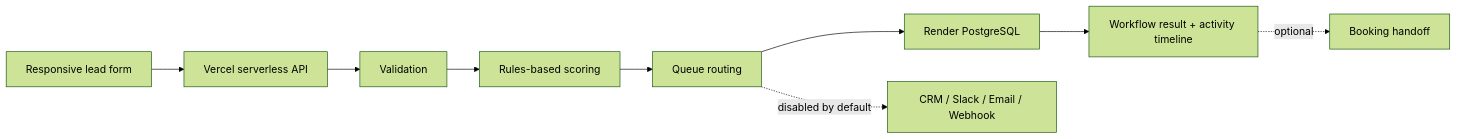
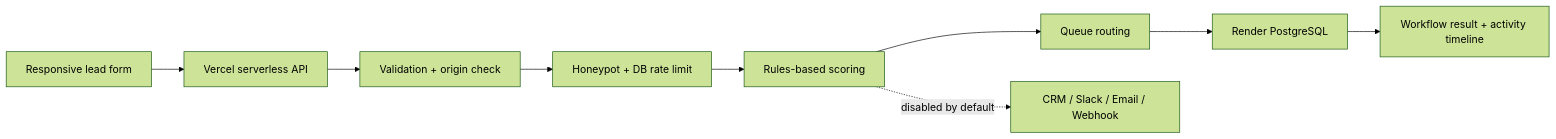
Before and after one commit to 017Mehul/heliogrid-energy-automation: the diagram in CASE_STUDY.md, drawn with Mermaid (forest theme). The commit also changed other lines of this file and 8 other files, not shown here.

````diff
--- a/CASE_STUDY.md
+++ b/CASE_STUDY.md
@@ -26,11 +27,11 @@
 ```mermaid
 flowchart LR
   A[Responsive lead form] --> B[Vercel serverless API]
-  B --> C[Validation]
-  C --> D[Rules-based scoring]
-  D --> E[Queue routing]
-  E --> F[Render PostgreSQL]
-  F --> G[Workflow result + activity timeline]
-  E -. disabled by default .-> H[CRM / Slack / Email / Webhook]
-  G -. optional .-> I[Booking handoff]
+  B --> C[Validation + origin check]
+  C --> D[Honeypot + DB rate limit]
+  D --> E[Rules-based scoring]
+  E --> F[Queue routing]
+  F --> G[Render PostgreSQL]
+  G --> H[Workflow result + activity timeline]
+  E -. disabled by default .-> I[CRM / Slack / Email / Webhook]
 ```
````
